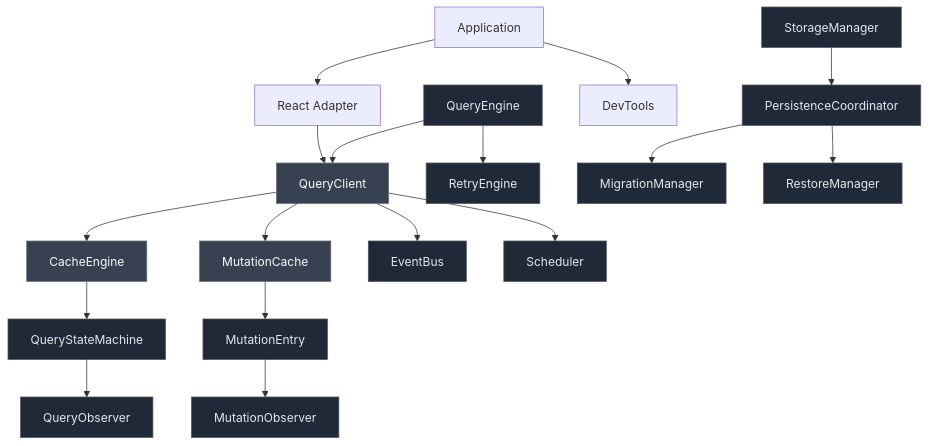
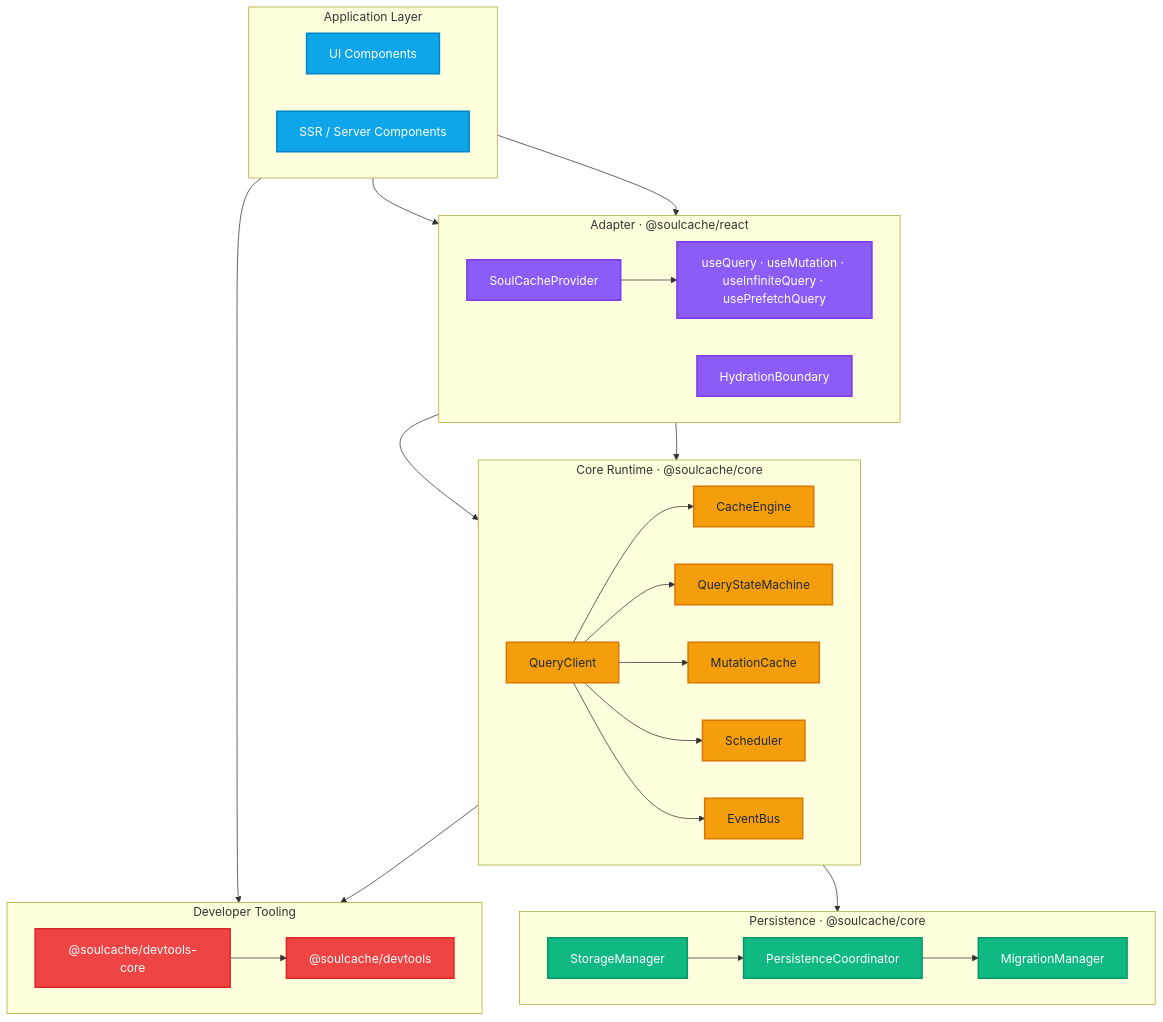
The diagram in README.md (kasihagustinusT/soulcache), drawn with Mermaid before and after one commit. The commit also changed 1 other file, not shown here.

Commit message:
docs: upgrade architecture diagrams to layered mermaid overview

````diff
--- a/README.md
+++ b/README.md
@@ -56,31 +56,70 @@
 ```mermaid
-flowchart TD
-    App[Application] --> RA[React Adapter]
-    RA --> QC[QueryClient]
+flowchart TB
+    subgraph APP["Application Layer"]
+        direction LR
+        UI["UI Components"]
+        SSR["SSR / Server Components"]
+    end
 
-    QC --> CE[CacheEngine]
-    QC --> MC[MutationCache]
-    QC --> EB[EventBus]
-    QC --> SC[Scheduler]
+    subgraph AD["Adapter · @soulcache/react"]
+        direction LR
+        PROV["SoulCacheProvider"]
+        HOOKS["useQuery · useMutation · useInfiniteQuery · usePrefetchQuery"]
+        HYD["HydrationBoundary"]
+    end
 
-    QE[QueryEngine] --> QC
-    QE --> RE[RetryEngine]
+    subgraph CORE["Core Runtime · @soulcache/core"]
+        direction LR
+        QC["QueryClient"]
+        CE["CacheEngine"]
+        QSM["QueryStateMachine"]
+        MC["MutationCache"]
+        SC["Scheduler"]
+        EB["EventBus"]
+    end
 
-    MC --> ME[MutationEntry]
-    ME --> MO[MutationObserver]
+    subgraph PERS["Persistence · @soulcache/core"]
+        direction LR
+        SM["StorageManager"]
+        PC["PersistenceCoordinator"]
+        MM["MigrationManager"]
+    end
 
-    CE --> QSM[QueryStateMachine]
-    QSM --> QO[QueryObserver]
+    subgraph DEV["Developer Tooling"]
+        direction LR
+        DTC["@soulcache/devtools-core"]
+        DT["@soulcache/devtools"]
+    end
 
-    ST[StorageManager] --> PM[PersistenceCoordinator]
-    PM --> MM[MigrationManager]
-    PM --> RM[RestoreManager]
+    UI --> PROV
+    SSR --> HYD
+    PROV --> HOOKS
+    HYD --> QC
+    HOOKS --> QC
 
-    App --> DT[DevTools]
+    QC --> CE
+    QC --> QSM
+    QC --> MC
+    QC --> SC
+    QC --> EB
 
-    classDef core fill:#374151,stroke:#6b7280,color:#f9fafb
-    classDef internal fill:#1f2937,stroke:#4b5563,color:#e5e7eb
-    class QC,CE,MC core
-    class QE,RE internal
-    class EB,SC,QSM,ME,MO,QO,ST,PM,MM,RM internal
+    CE --> SM
+    SM --> PC
+    PC --> MM
+
+    QC --> DTC
+    DTC --> DT
+    UI --> DT
+
+    classDef app fill:#0ea5e9,stroke:#0284c7,color:#ffffff,stroke-width:2px
+    classDef adapter fill:#8b5cf6,stroke:#7c3aed,color:#ffffff,stroke-width:2px
+    classDef core fill:#f59e0b,stroke:#d97706,color:#1f2937,stroke-width:2px
+    classDef persist fill:#10b981,stroke:#059669,color:#ffffff,stroke-width:2px
+    classDef dev fill:#ef4444,stroke:#dc2626,color:#ffffff,stroke-width:2px
+
+    class UI,SSR app
+    class PROV,HOOKS,HYD adapter
+    class QC,CE,QSM,MC,SC,EB core
+    class SM,PC,MM persist
+    class DTC,DT dev
 ```
````
